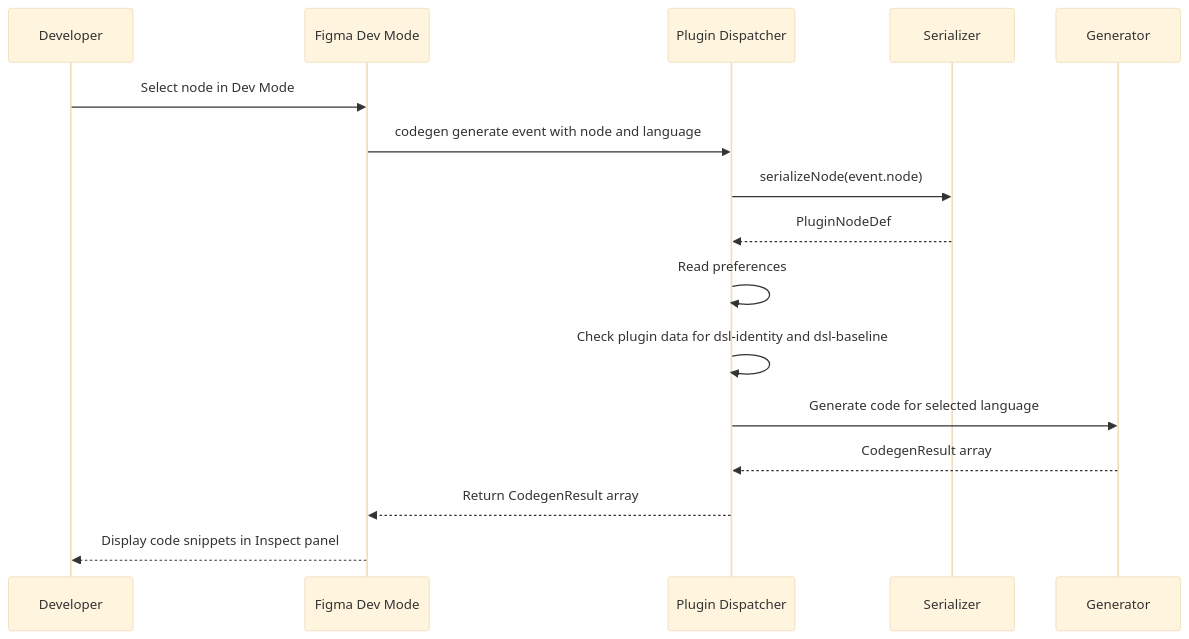
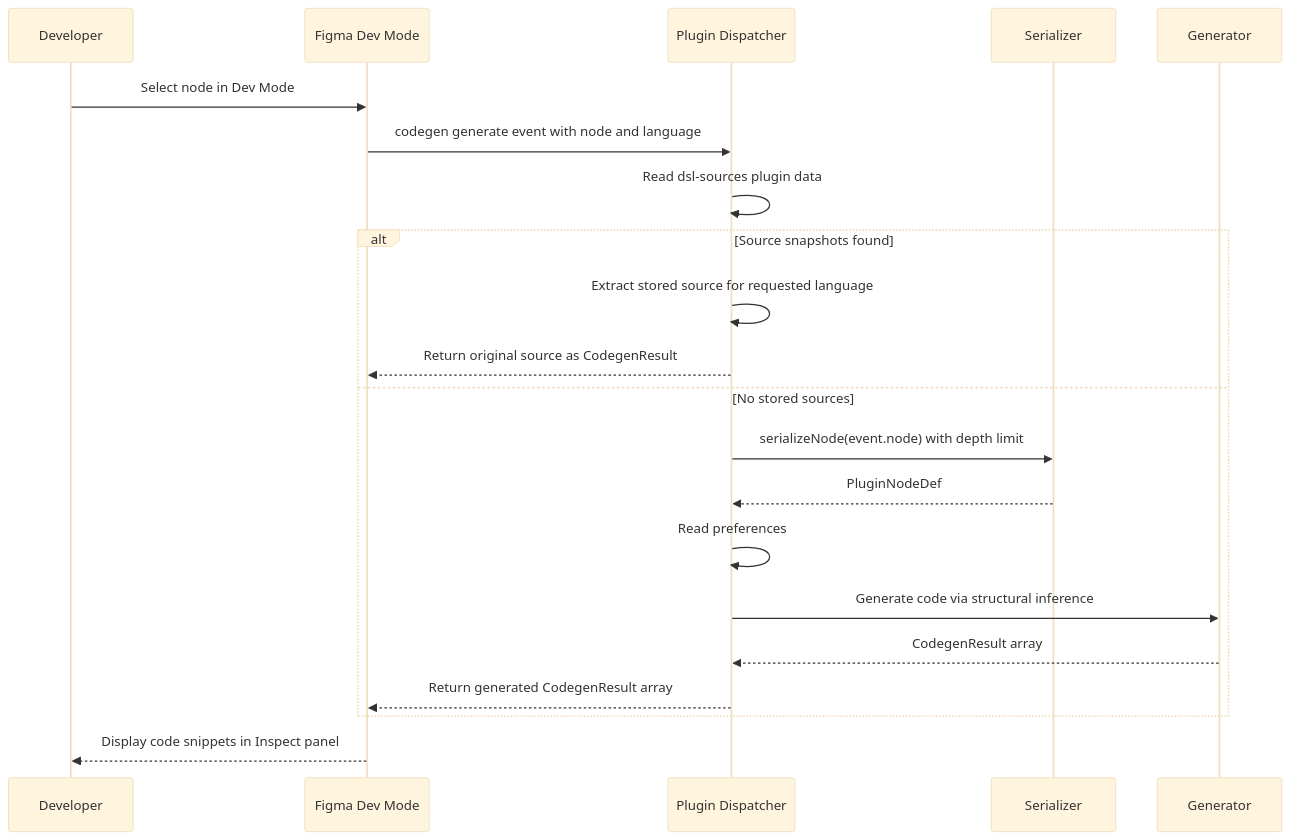
Before and after one commit to TETRA2000/figma-component-dsl: the third of 3 diagrams in .kiro/specs/dev-mode-plugin/design.md, drawn with Mermaid (base theme). The commit also changed other lines of this file and 1 other file, not shown here.

First line of the commit message:
Redesign codegen to embed original source code in plugin data

````diff
--- a/.kiro/specs/dev-mode-plugin/design.md
+++ b/.kiro/specs/dev-mode-plugin/design.md
@@ -83,19 +121,24 @@
 ```mermaid
 sequenceDiagram
     participant Dev as Developer
     participant FM as Figma Dev Mode
     participant P as Plugin Dispatcher
     participant S as Serializer
     participant G as Generator
 
     Dev->>FM: Select node in Dev Mode
     FM->>P: codegen generate event with node and language
-    P->>S: serializeNode(event.node)
-    S-->>P: PluginNodeDef
-    P->>P: Read preferences
-    P->>P: Check plugin data for dsl-identity and dsl-baseline
-    P->>G: Generate code for selected language
-    G-->>P: CodegenResult array
-    P-->>FM: Return CodegenResult array
+    P->>P: Read dsl-sources plugin data
+    alt Source snapshots found
+        P->>P: Extract stored source for requested language
+        P-->>FM: Return original source as CodegenResult
+    else No stored sources
+        P->>S: serializeNode(event.node) with depth limit
+        S-->>P: PluginNodeDef
+        P->>P: Read preferences
+        P->>G: Generate code via structural inference
+        G-->>P: CodegenResult array
+        P-->>FM: Return generated CodegenResult array
+    end
     FM-->>Dev: Display code snippets in Inspect panel
 ```
````
